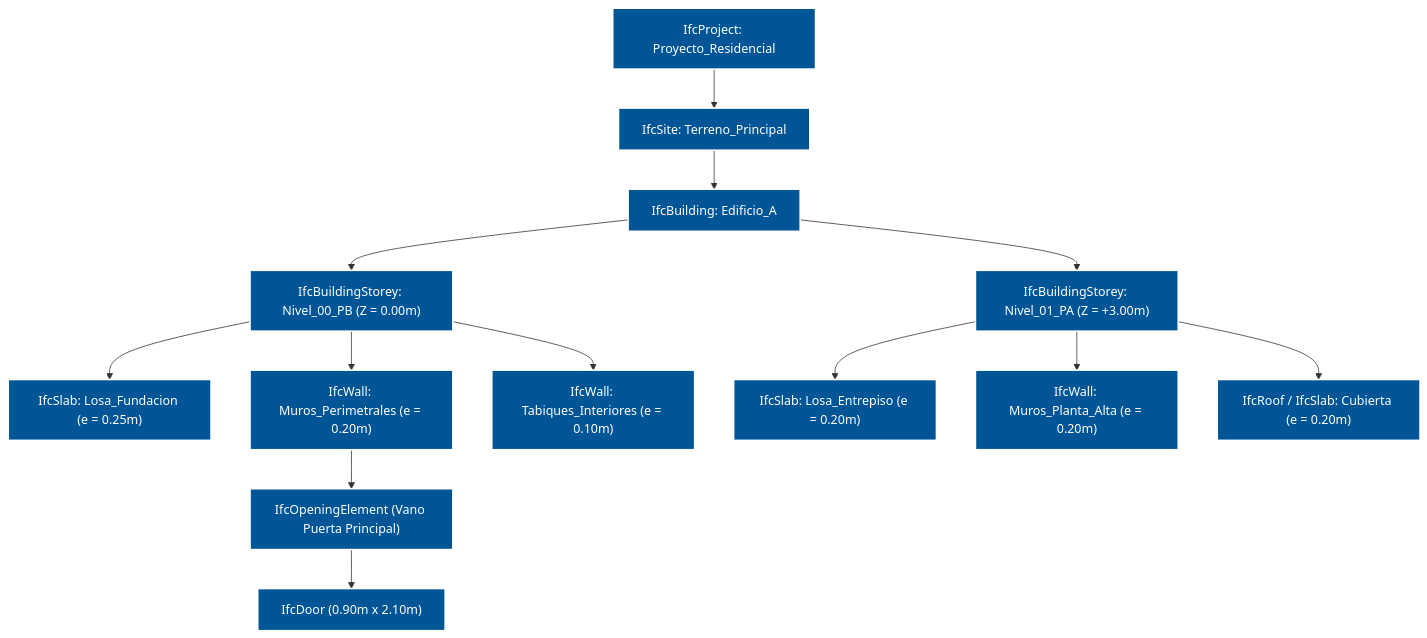
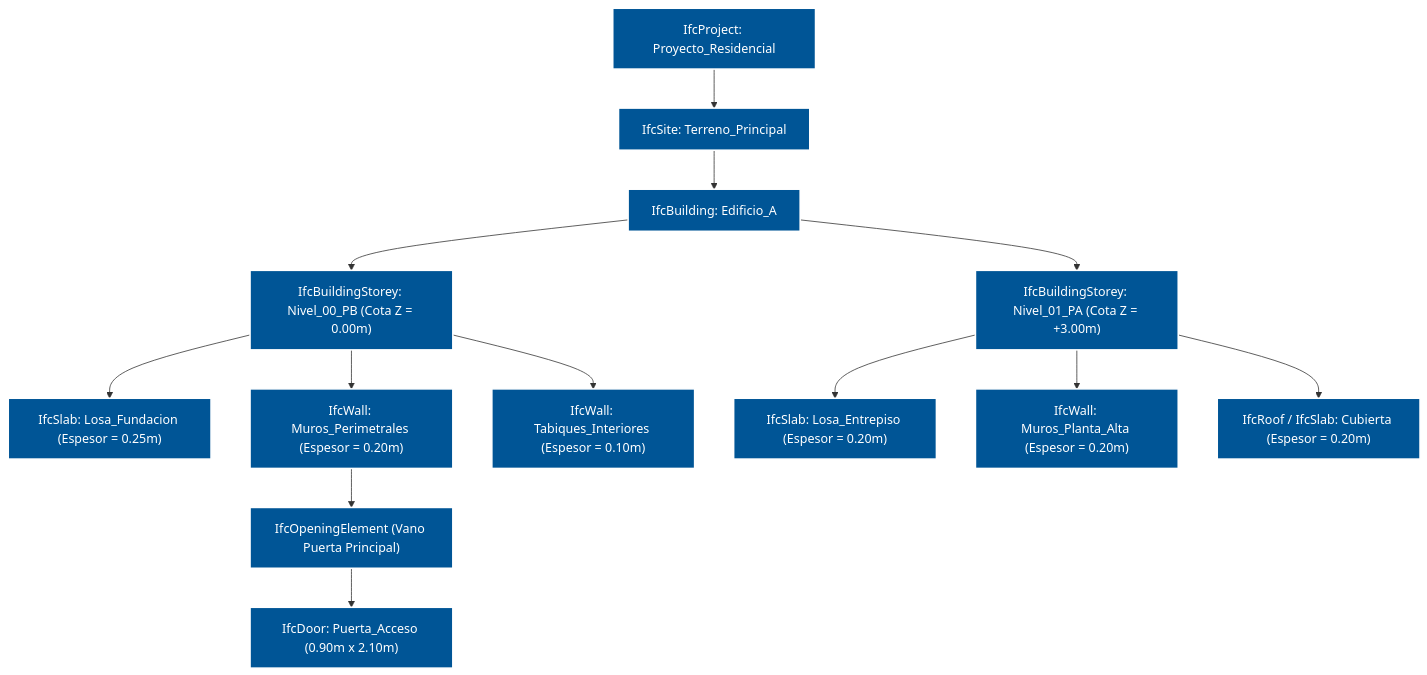
One commit to zebas-hidalgo/antigravity-claude-bridge changed the third of 4 diagrams in README.md. Above: the diagram before and after it, drawn with Mermaid. The commit also changed other lines of this file, not shown here.

Commit message:
docs: traducir README completamente al español con diagramas y esquemas OpenBIM

````diff
--- a/README.md
+++ b/README.md
@@ -103,20 +105,20 @@
 ```mermaid
 graph TD
     Project["IfcProject: Proyecto_Residencial"] --> Site["IfcSite: Terreno_Principal"]
     Site --> Building["IfcBuilding: Edificio_A"]
-    Building --> Storey0["IfcBuildingStorey: Nivel_00_PB (Z = 0.00m)"]
-    Building --> Storey1["IfcBuildingStorey: Nivel_01_PA (Z = +3.00m)"]
+    Building --> Storey0["IfcBuildingStorey: Nivel_00_PB (Cota Z = 0.00m)"]
+    Building --> Storey1["IfcBuildingStorey: Nivel_01_PA (Cota Z = +3.00m)"]
     
-    Storey0 --> Slab0["IfcSlab: Losa_Fundacion (e = 0.25m)"]
-    Storey0 --> WallExt0["IfcWall: Muros_Perimetrales (e = 0.20m)"]
-    Storey0 --> WallInt0["IfcWall: Tabiques_Interiores (e = 0.10m)"]
+    Storey0 --> Slab0["IfcSlab: Losa_Fundacion (Espesor = 0.25m)"]
+    Storey0 --> WallExt0["IfcWall: Muros_Perimetrales (Espesor = 0.20m)"]
+    Storey0 --> WallInt0["IfcWall: Tabiques_Interiores (Espesor = 0.10m)"]
     WallExt0 --> Open0["IfcOpeningElement (Vano Puerta Principal)"]
-    Open0 --> Door0["IfcDoor (0.90m x 2.10m)"]
+    Open0 --> Door0["IfcDoor: Puerta_Acceso (0.90m x 2.10m)"]
     
-    Storey1 --> Slab1["IfcSlab: Losa_Entrepiso (e = 0.20m)"]
-    Storey1 --> WallExt1["IfcWall: Muros_Planta_Alta (e = 0.20m)"]
-    Storey1 --> Roof["IfcRoof / IfcSlab: Cubierta (e = 0.20m)"]
+    Storey1 --> Slab1["IfcSlab: Losa_Entrepiso (Espesor = 0.20m)"]
+    Storey1 --> WallExt1["IfcWall: Muros_Planta_Alta (Espesor = 0.20m)"]
+    Storey1 --> Roof["IfcRoof / IfcSlab: Cubierta (Espesor = 0.20m)"]
 
     classDef ifc fill:#005596,stroke:#fff,stroke-width:2px,color:#fff;
     class Project,Site,Building,Storey0,Storey1,Slab0,WallExt0,WallInt0,Open0,Door0,Slab1,WallExt1,Roof ifc;
 ```
````
